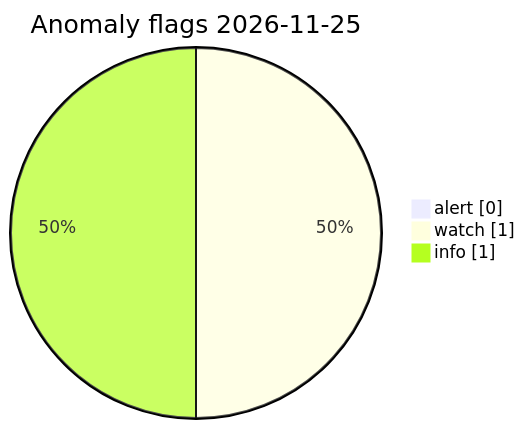
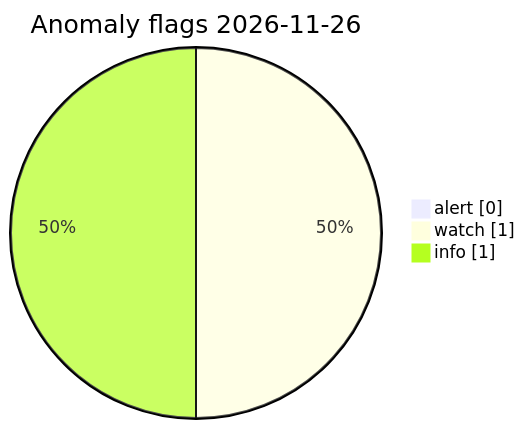
The diagram in visuals/latest/CHARTS.md (Midwest-Stratospheric/Unified-Open-Global-Weather), drawn with Mermaid before and after one commit. The commit also changed other lines of this file and 23 other files, not shown here.

Commit message:
data(visuals): automated charts 2026-11-26T14:36Z

````diff
--- a/visuals/latest/CHARTS.md
+++ b/visuals/latest/CHARTS.md
@@ -73,7 +73,7 @@
 ```mermaid
 pie showData
-  title Anomaly flags 2026-11-25
+  title Anomaly flags 2026-11-26
   "alert" : 0
   "watch" : 1
   "info" : 1
 ```
````
